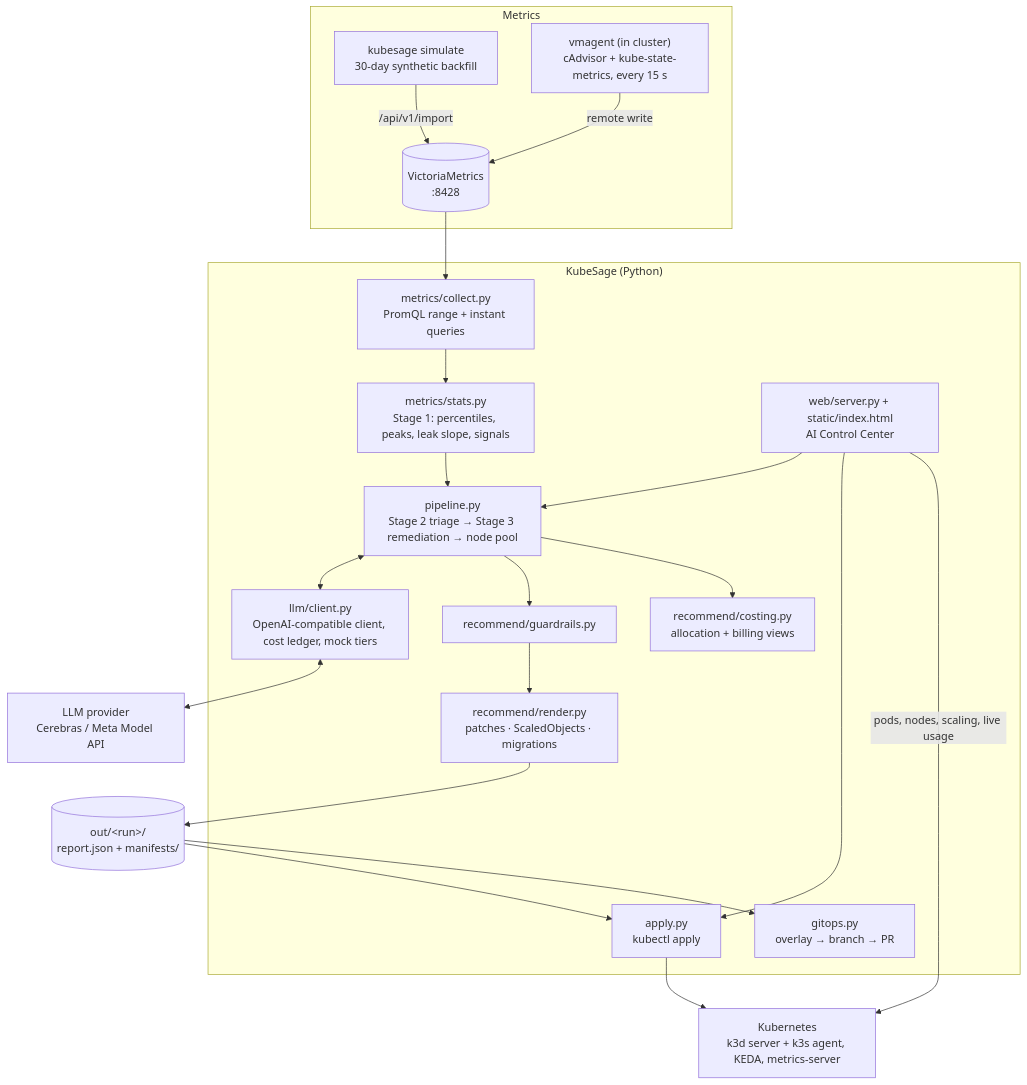
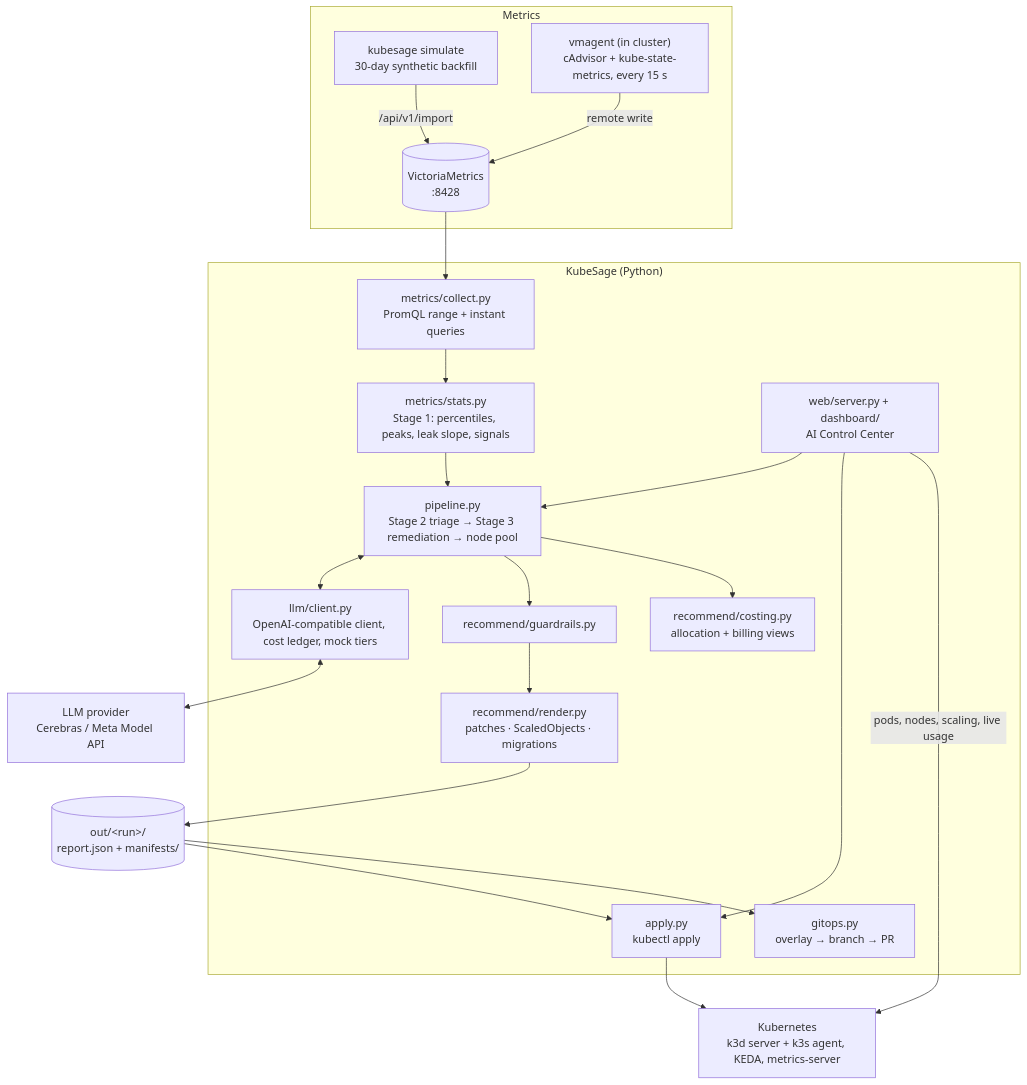
The first of 2 diagrams in docs/architecture.md (manupawickramasinghe/kubesage), drawn with Mermaid before and after one commit. The commit also changed other lines of this file and 23 other files, not shown here.

````diff
--- a/docs/architecture.md
+++ b/docs/architecture.md
@@ -15,36 +15,36 @@
 ```mermaid
 flowchart TB
   subgraph sources["Metrics"]
     sim["kubesage simulate<br/>30-day synthetic backfill"]
     vmagent["vmagent (in cluster)<br/>cAdvisor + kube-state-metrics, every 15 s"]
     vm[("VictoriaMetrics<br/>:8428")]
     sim -- "/api/v1/import" --> vm
     vmagent -- "remote write" --> vm
   end
   subgraph ks["KubeSage (Python)"]
     collect["metrics/collect.py<br/>PromQL range + instant queries"]
     stats["metrics/stats.py<br/>Stage 1: percentiles, peaks, leak slope, signals"]
     pipe["pipeline.py<br/>Stage 2 triage → Stage 3 remediation → node pool"]
     llm["llm/client.py<br/>OpenAI-compatible client, cost ledger, mock tiers"]
     guard["recommend/guardrails.py"]
     render["recommend/render.py<br/>patches · ScaledObjects · migrations"]
     cost["recommend/costing.py<br/>allocation + billing views"]
     apply["apply.py<br/>kubectl apply"]
     gitops["gitops.py<br/>overlay → branch → PR"]
-    web["web/server.py + static/index.html<br/>AI Control Center"]
+    web["web/server.py + dashboard/<br/>AI Control Center"]
     collect --> stats --> pipe
     pipe <--> llm
     pipe --> guard --> render
     pipe --> cost
   end
   provider["LLM provider<br/>Cerebras / Meta Model API"]
   k8s["Kubernetes<br/>k3d server + k3s agent, KEDA, metrics-server"]
   vm --> collect
   llm <--> provider
   render --> runs[("out/&lt;run&gt;/<br/>report.json + manifests/")]
   runs --> apply --> k8s
   runs --> gitops
   web --> pipe
   web --> apply
   web -- "pods, nodes, scaling, live usage" --> k8s
 ```
````
